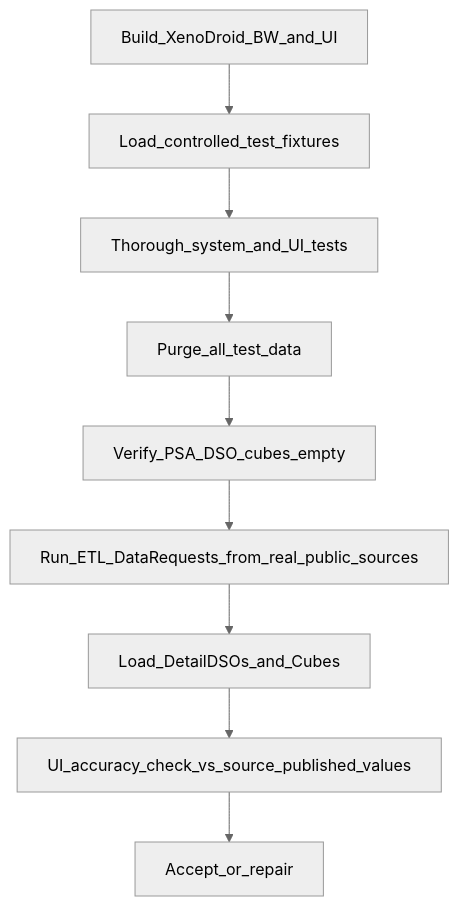
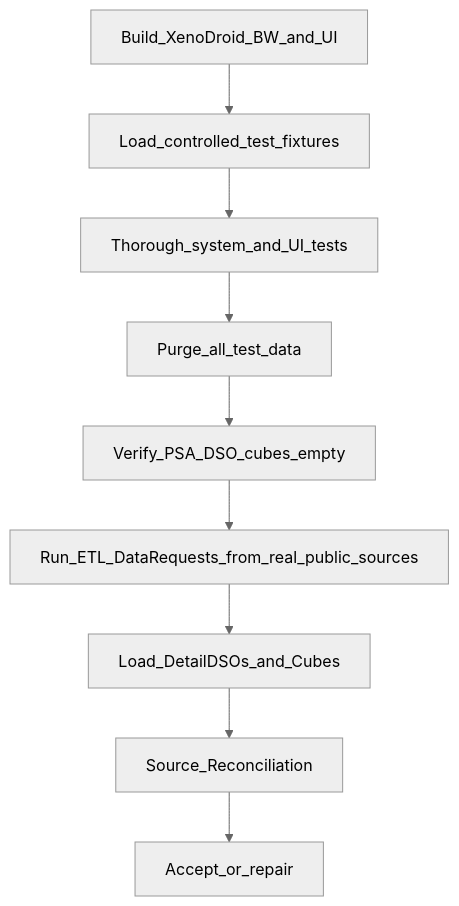
The second of 2 diagrams in docs/planning/decisionpro-poc-lifecycle.md (kg-modus-novus/DecisionPro), drawn with Mermaid (neutral theme) before and after one commit. The commit also changed other lines of this file and 48 other files, not shown here.

First line of the commit message:
Ship Data Spectrum trust polish, glossary, and source reconciliation.

````diff
--- a/docs/planning/decisionpro-poc-lifecycle.md
+++ b/docs/planning/decisionpro-poc-lifecycle.md
@@ -50,11 +50,11 @@
 ```mermaid
 flowchart TD
   Build[Build_XenoDroid_BW_and_UI] --> TestLoad[Load_controlled_test_fixtures]
   TestLoad --> ThoroughTest[Thorough_system_and_UI_tests]
   ThoroughTest --> Purge[Purge_all_test_data]
   Purge --> EmptyCheck[Verify_PSA_DSO_cubes_empty]
   EmptyCheck --> RealETL[Run_ETL_DataRequests_from_real_public_sources]
   RealETL --> RealLoad[Load_DetailDSOs_and_Cubes]
-  RealLoad --> AccuracyUI[UI_accuracy_check_vs_source_published_values]
-  AccuracyUI --> Accept[Accept_or_repair]
+  RealLoad --> SourceRecon[Source_Reconciliation]
+  SourceRecon --> Accept[Accept_or_repair]
 ```
````
